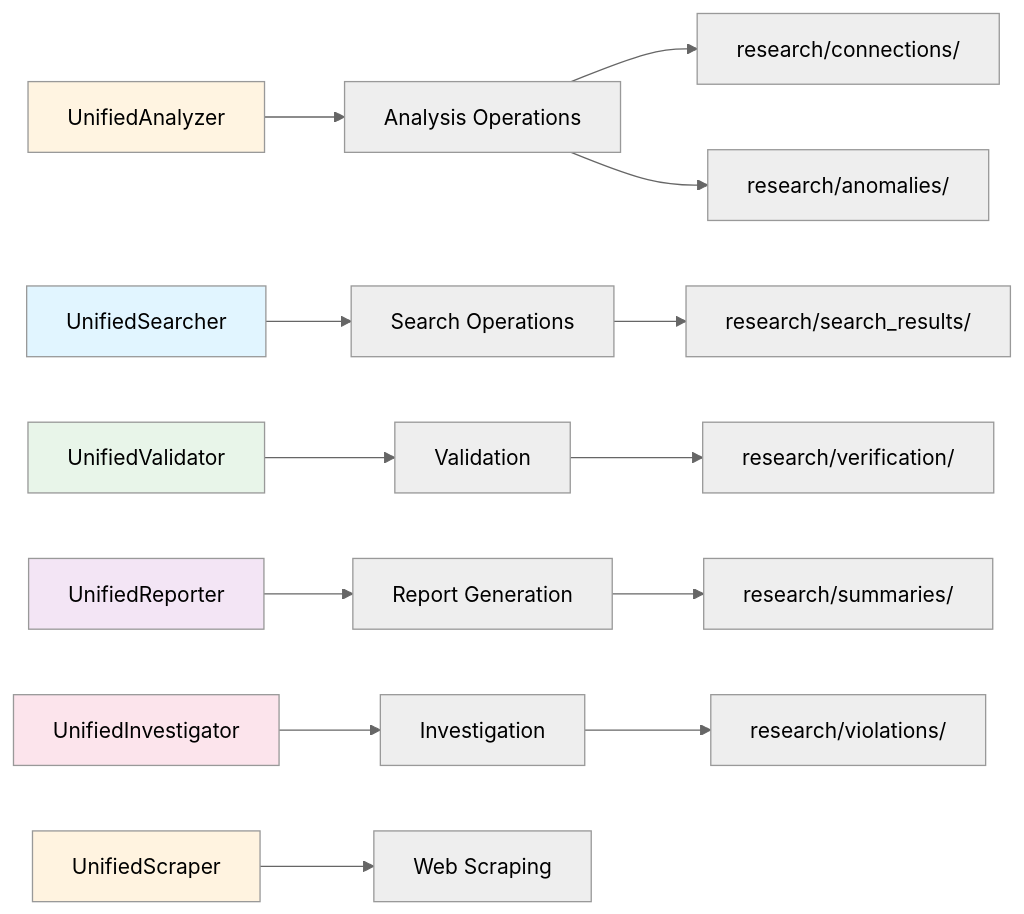
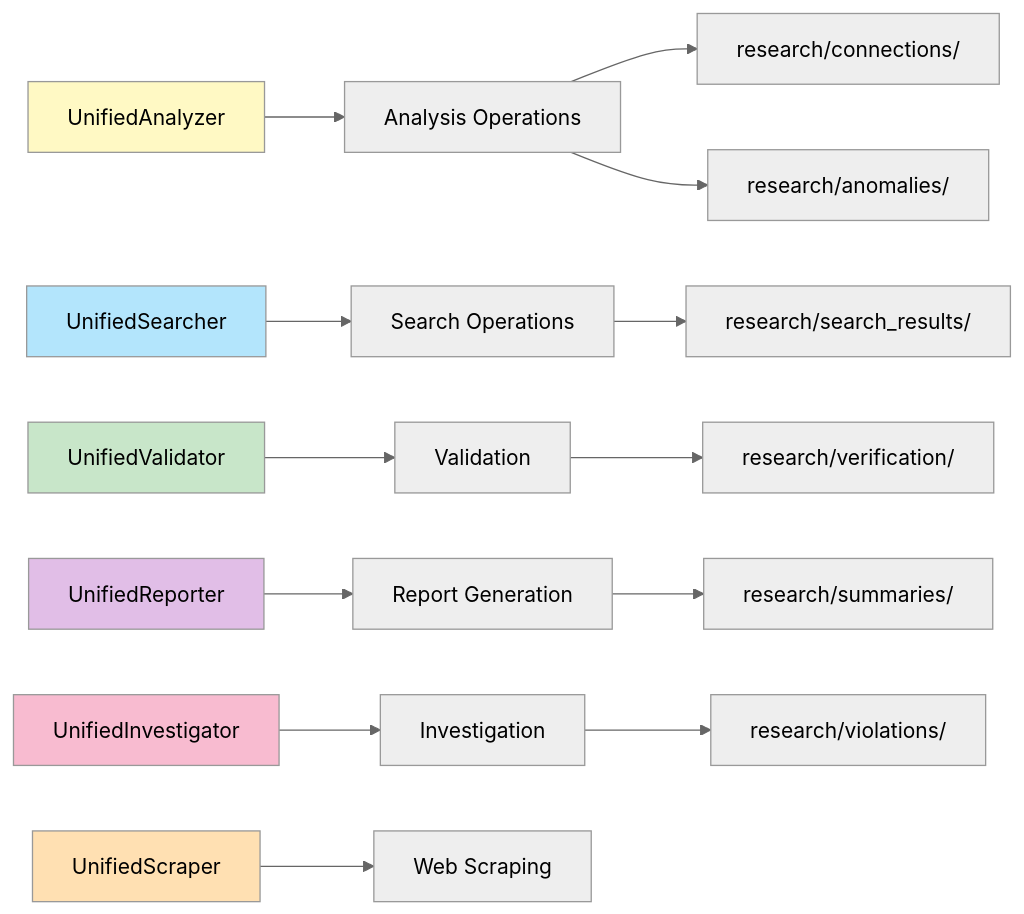
The second of 3 diagrams in docs/COMPONENTS.md (1digitaldesign/kettler-data-analysis), drawn with Mermaid (neutral theme) before and after one commit. The commit also changed other lines of this file and 16 other files, not shown here.

First line of the commit message:
Refactor all diagrams with pastel color scheme and add new diagrams

````diff
--- a/docs/COMPONENTS.md
+++ b/docs/COMPONENTS.md
@@ -61,23 +61,23 @@
 ```mermaid
 graph LR
     A[UnifiedAnalyzer] --> B[Analysis Operations]
     C[UnifiedSearcher] --> D[Search Operations]
     E[UnifiedValidator] --> F[Validation]
     G[UnifiedReporter] --> H[Report Generation]
     I[UnifiedInvestigator] --> J[Investigation]
     K[UnifiedScraper] --> L[Web Scraping]
 
     B --> M[research/connections/]
     B --> N[research/anomalies/]
     D --> O[research/search_results/]
     F --> P[research/verification/]
     H --> Q[research/summaries/]
     J --> R[research/violations/]
 
-    style A fill:#fff4e1
-    style C fill:#e1f5ff
-    style E fill:#e8f5e9
-    style G fill:#f3e5f5
-    style I fill:#fce4ec
-    style K fill:#fff3e0
+    style A fill:#FFF9C4
+    style C fill:#B3E5FC
+    style E fill:#C8E6C9
+    style G fill:#E1BEE7
+    style I fill:#F8BBD0
+    style K fill:#FFE0B2
 ```
````
